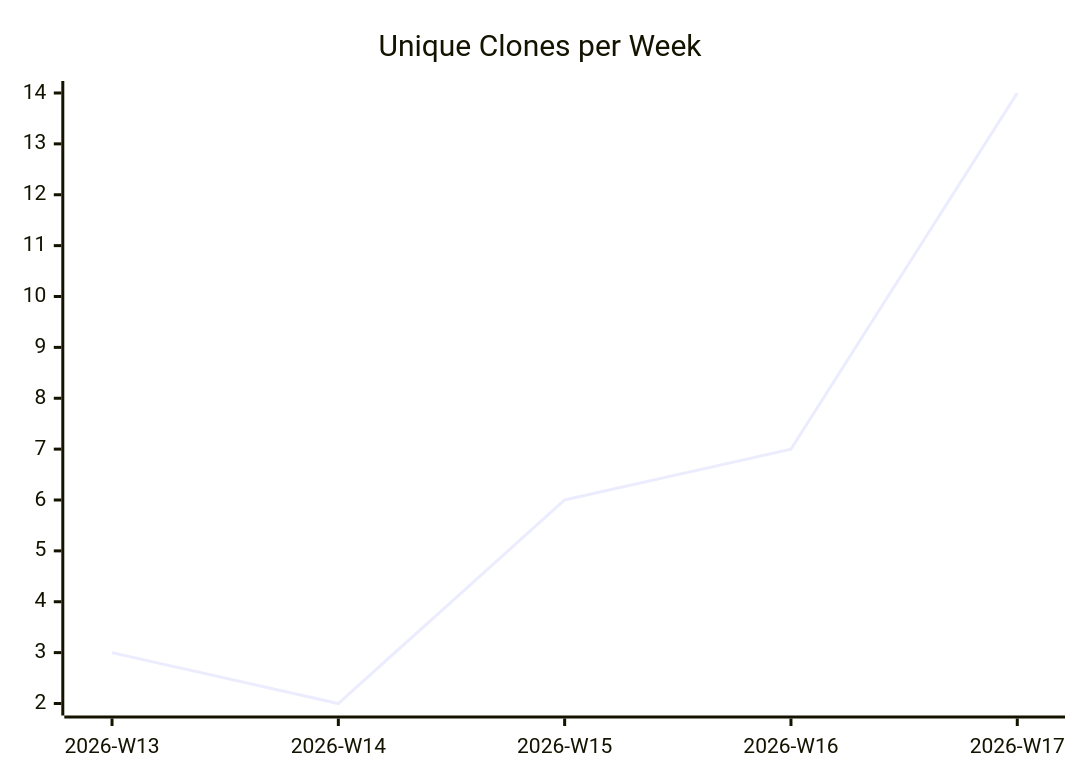
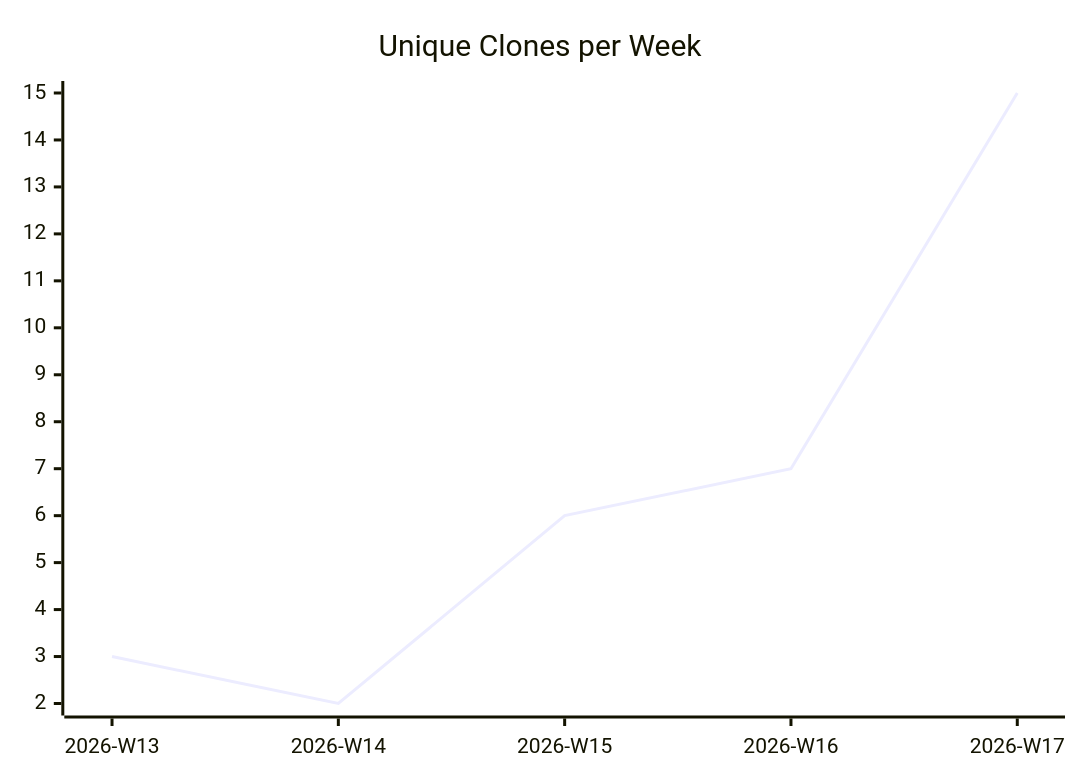
The third of 3 diagrams in karlmdavis/justdavis-ansible/README.md (justdavis-family/github-analytics-data), drawn with Mermaid before and after one commit. The commit also changed other lines of this file and 165 other files, not shown here.

````diff
--- a/karlmdavis/justdavis-ansible/README.md
+++ b/karlmdavis/justdavis-ansible/README.md
@@ -19,6 +19,6 @@
 ```mermaid
 xychart-beta
   title "Unique Clones per Week"
   x-axis ["2026-W13", "2026-W14", "2026-W15", "2026-W16", "2026-W17"]
-  line [3, 2, 6, 7, 14]
+  line [3, 2, 6, 7, 15]
 ```
````
